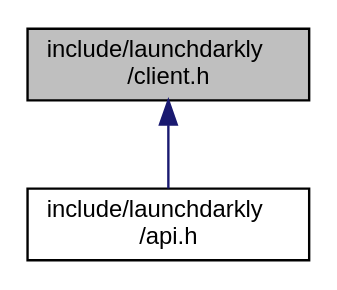
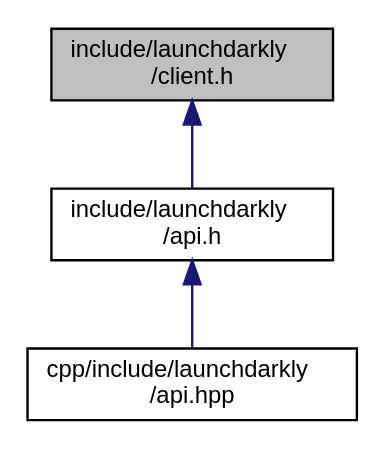
The diagram in client_8h__dep__incl.dot (launchdarkly/c-client-sdk), drawn with Graphviz before and after one commit. The commit also changed 97 other files, not shown here.

```diff
--- a/client_8h__dep__incl.dot
+++ b/client_8h__dep__incl.dot
@@ -1,8 +1,10 @@
 digraph "include/launchdarkly/client.h"
 {
   edge [fontname="Helvetica",fontsize="10",labelfontname="Helvetica",labelfontsize="10"];
   node [fontname="Helvetica",fontsize="10",shape=record];
   Node7 [label="include/launchdarkly\l/client.h",height=0.2,width=0.4,color="black", fillcolor="grey75", style="filled", fontcolor="black"];
   Node7 -> Node8 [dir="back",color="midnightblue",fontsize="10",style="solid",fontname="Helvetica"];
   Node8 [label="include/launchdarkly\l/api.h",height=0.2,width=0.4,color="black", fillcolor="white", style="filled",URL="$api_8h.html",tooltip="Public API. Include this for every public operation. "];
+  Node8 -> Node9 [dir="back",color="midnightblue",fontsize="10",style="solid",fontname="Helvetica"];
+  Node9 [label="cpp/include/launchdarkly\l/api.hpp",height=0.2,width=0.4,color="black", fillcolor="white", style="filled",URL="$api_8hpp.html",tooltip="Public C++ bindings for the LaunchDarkly Client Side C/C++ SDK. "];
 }
```
